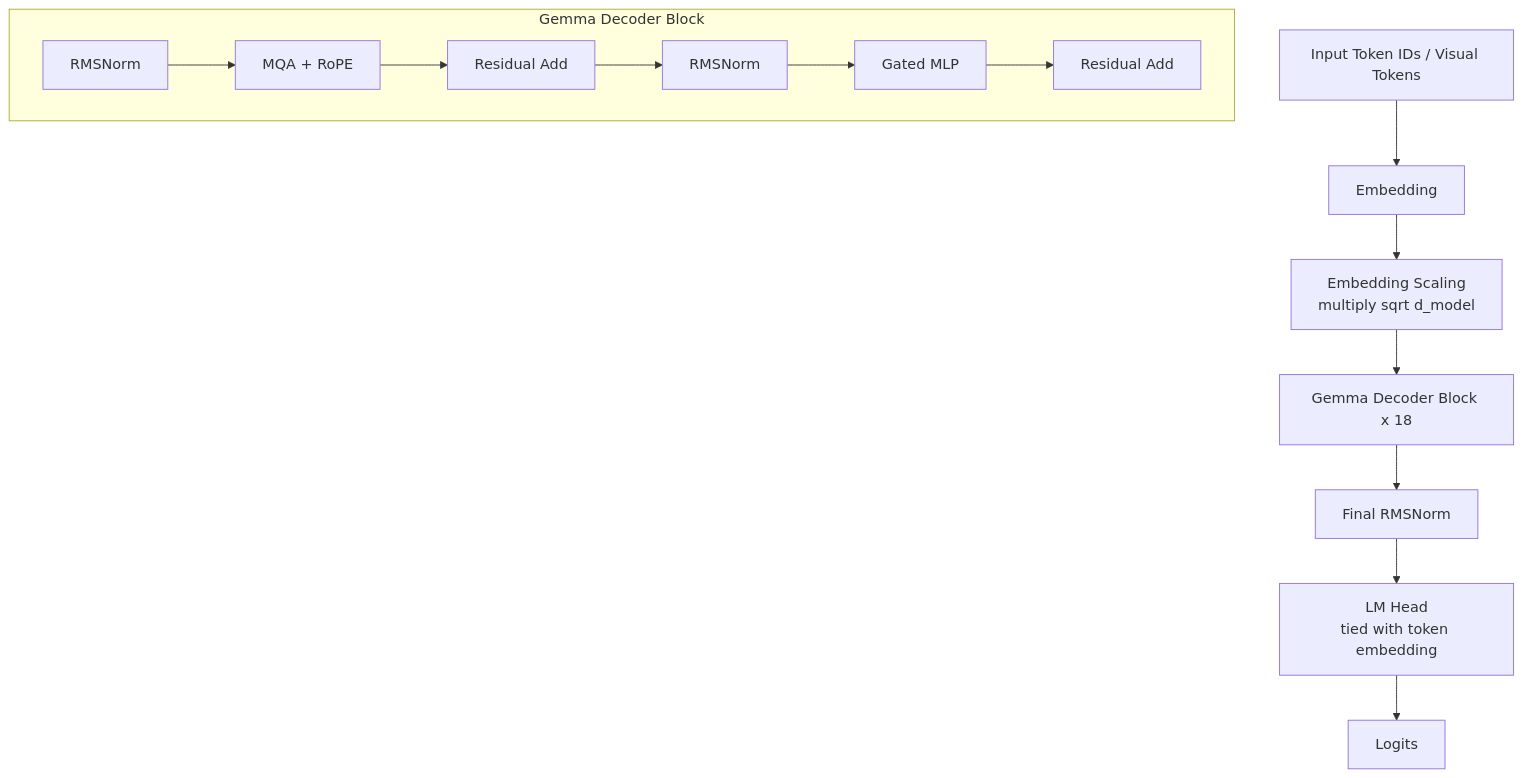
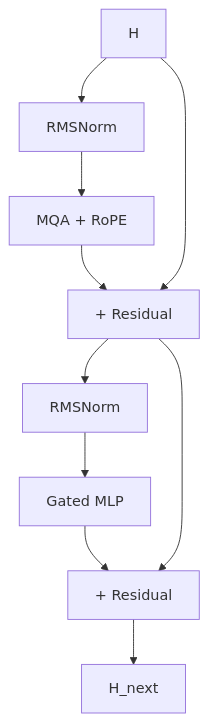
Before and after one commit to fu1fan/obsidian-vault: the third of 5 diagrams in PI0近似计算/整理/模型架构/Gemma-2B.md, drawn with Mermaid. The commit also changed other lines of this file and 32 other files, not shown here.

````diff
--- a/PI0近似计算/整理/模型架构/Gemma-2B.md
+++ b/PI0近似计算/整理/模型架构/Gemma-2B.md
@@ -67,17 +80,12 @@
 ```mermaid
 flowchart TB
-    A[Input Token IDs / Visual Tokens] --> B[Embedding]
-    B --> C[Embedding Scaling<br/>multiply sqrt d_model]
-    C --> D[Gemma Decoder Block x 18]
-    D --> E[Final RMSNorm]
-    E --> F[LM Head<br/>tied with token embedding]
-    F --> G[Logits]
-
-    subgraph Block[Gemma Decoder Block]
-        H[RMSNorm] --> I[MQA + RoPE]
-        I --> J[Residual Add]
-        J --> K[RMSNorm]
-        K --> L[Gated MLP]
-        L --> M[Residual Add]
-    end
+    A[H] --> B[RMSNorm]
+    B --> C[MQA + RoPE]
+    C --> D[+ Residual]
+    A --> D
+    D --> E[RMSNorm]
+    E --> F[Gated MLP]
+    F --> G[+ Residual]
+    D --> G
+    G --> H[H_next]
 ```
````
